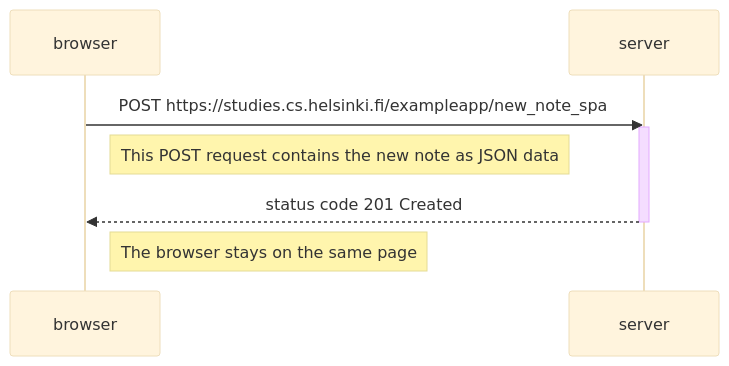
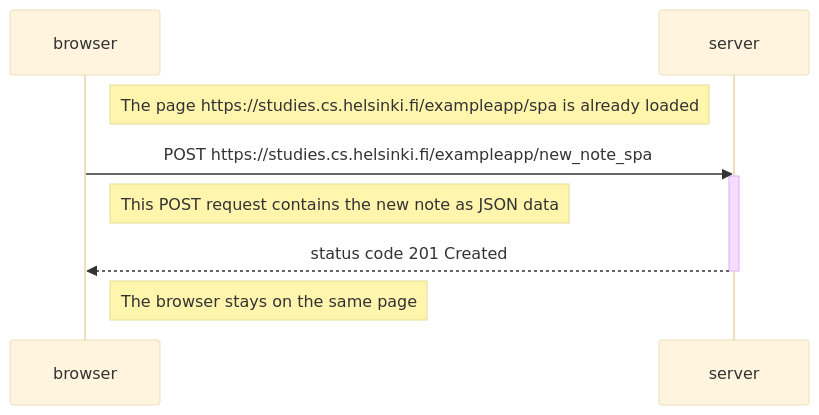
Before and after one commit to goncalooliveirasilva/fullstackopen: the diagram in part0/ex_6.md, drawn with Mermaid (base theme).

Commit message:
small modification of exercise 6

````diff
--- a/part0/ex_6.md
+++ b/part0/ex_6.md
@@ -1,13 +1,15 @@
 ```mermaid
 sequenceDiagram
     participant browser
     participant server
+
+    Note right of browser: The page https://studies.cs.helsinki.fi/exampleapp/spa is already loaded
 
     browser->>server: POST https://studies.cs.helsinki.fi/exampleapp/new_note_spa
     activate server
     Note right of browser: This POST request contains the new note as JSON data
     server-->>browser: status code 201 Created
     deactivate server
 
     Note right of browser: The browser stays on the same page
 ```
````
